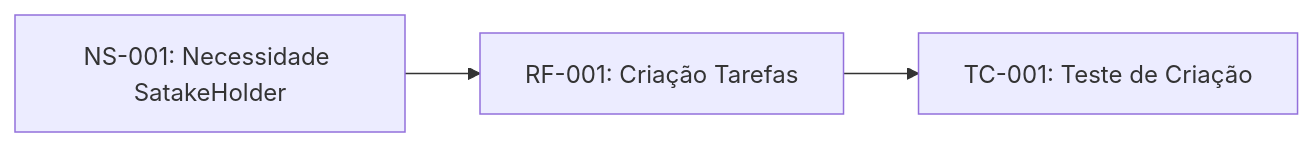
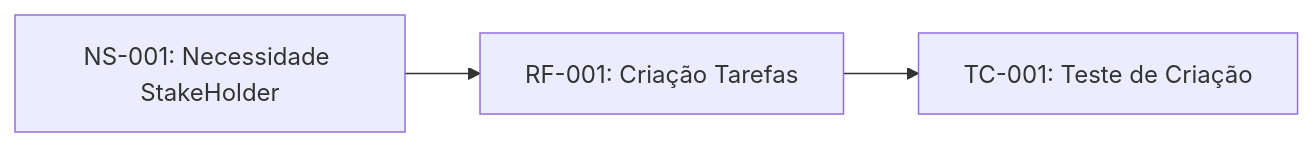
Before and after one commit to Luisotavio1107/ler: the diagram in DocumentacaoREQ/ProjetoSGT/README.md, drawn with Mermaid. The commit also changed other lines of this file, not shown here.

````diff
--- a/DocumentacaoREQ/ProjetoSGT/README.md
+++ b/DocumentacaoREQ/ProjetoSGT/README.md
@@ -95,8 +132,8 @@
 ```mermaid
 
 graph LR
 
-   NS001["NS-001: Necessidade SatakeHolder"] --> RF001["RF-001: Criação Tarefas"]
-   RF001 --> TC001["TC-001: Teste de Criação"]
+    NS001["NS-001: Necessidade StakeHolder"] --> RF001["RF-001: Criação Tarefas"]
+    RF001 --> TC001["TC-001: Teste de Criação"]
 
-```
+``` 
````
